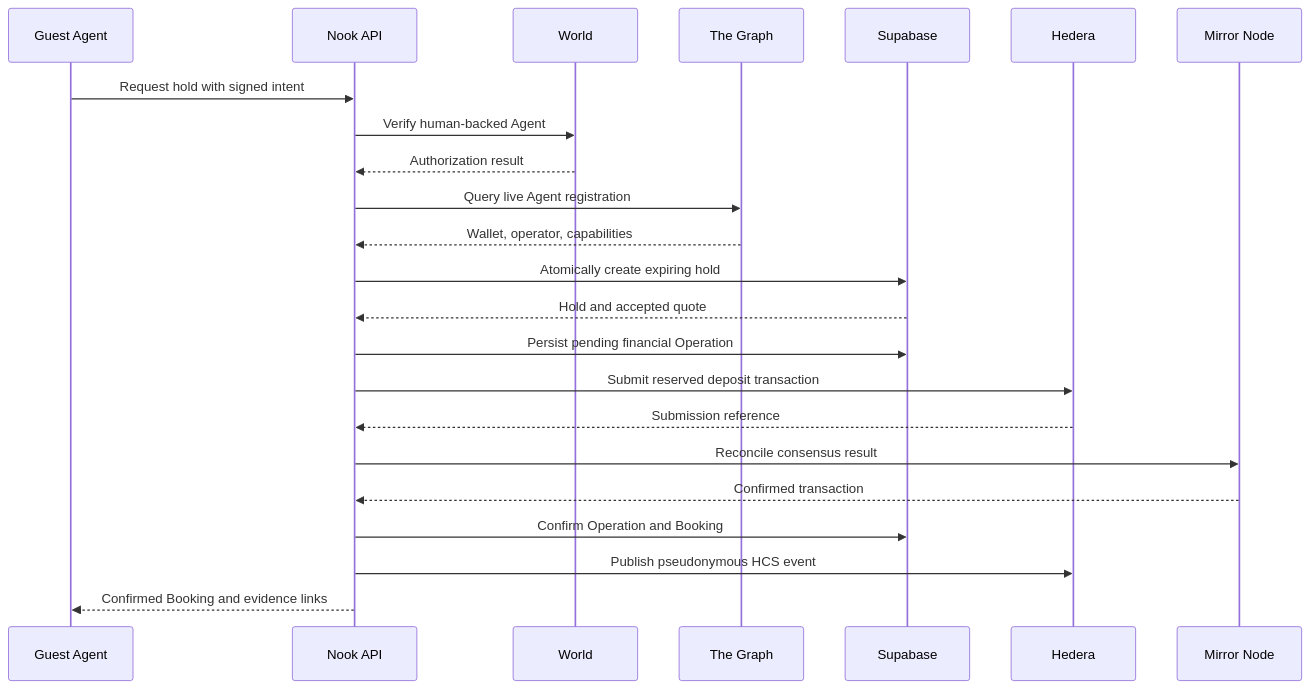
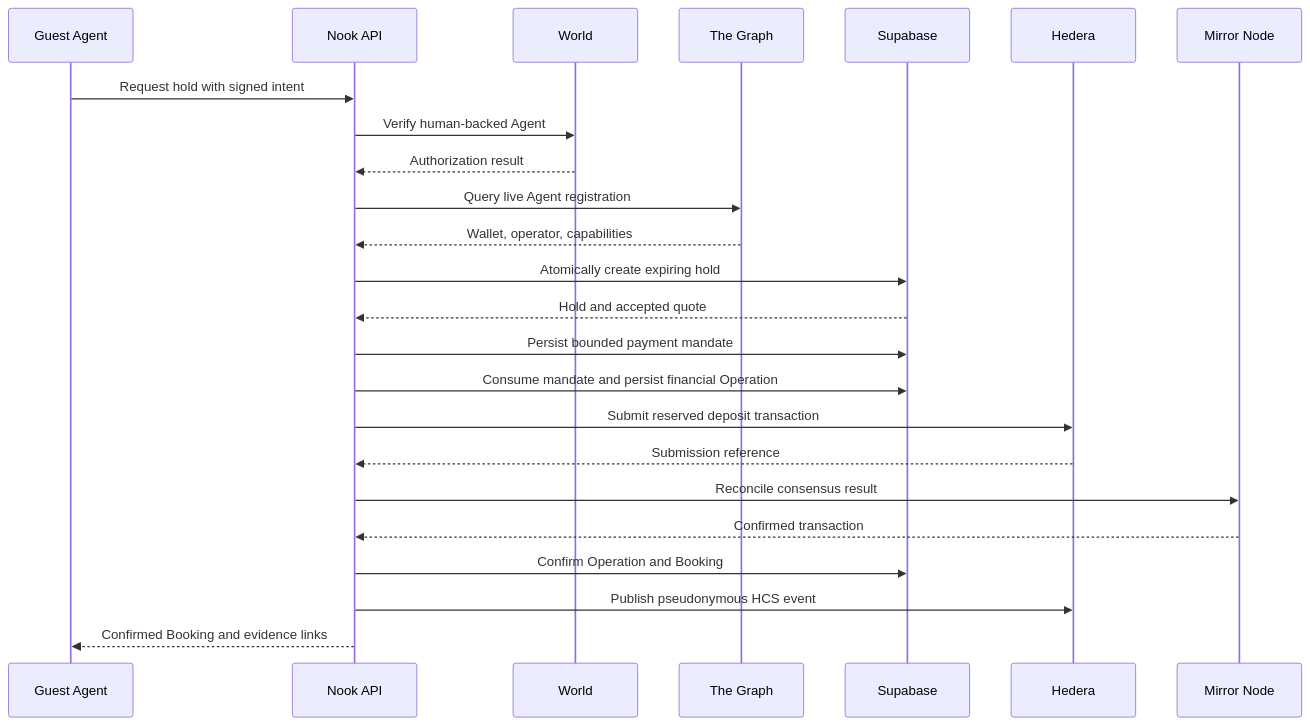
The second of 2 diagrams in docs/ARCHITECTURE.md (nadiia-balaian/nook-rent), drawn with Mermaid before and after one commit. The commit also changed other lines of this file and 29 other files, not shown here.

````diff
--- a/docs/ARCHITECTURE.md
+++ b/docs/ARCHITECTURE.md
@@ -155,26 +165,27 @@
 ```mermaid
 sequenceDiagram
   participant G as Guest Agent
   participant A as Nook API
   participant W as World
   participant T as The Graph
   participant D as Supabase
   participant H as Hedera
   participant M as Mirror Node
 
   G->>A: Request hold with signed intent
   A->>W: Verify human-backed Agent
   W-->>A: Authorization result
   A->>T: Query live Agent registration
   T-->>A: Wallet, operator, capabilities
   A->>D: Atomically create expiring hold
   D-->>A: Hold and accepted quote
-  A->>D: Persist pending financial Operation
+  A->>D: Persist bounded payment mandate
+  A->>D: Consume mandate and persist financial Operation
   A->>H: Submit reserved deposit transaction
   H-->>A: Submission reference
   A->>M: Reconcile consensus result
   M-->>A: Confirmed transaction
   A->>D: Confirm Operation and Booking
   A->>H: Publish pseudonymous HCS event
   A-->>G: Confirmed Booking and evidence links
 ```
````
